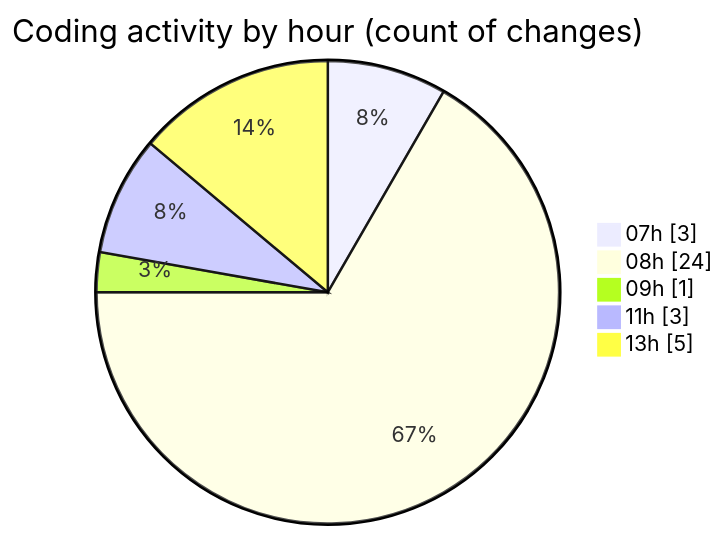
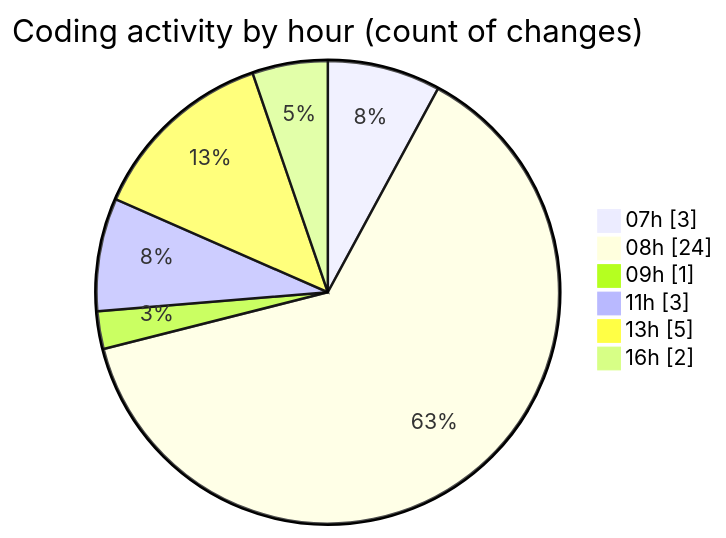
The second of 2 diagrams in 2026-02-20/bot_i_a/README.md (becaeroporto-bot/code-tracking), drawn with Mermaid before and after one commit. The commit also changed other lines of this file and 1 other file, not shown here.

````diff
--- a/2026-02-20/bot_i_a/README.md
+++ b/2026-02-20/bot_i_a/README.md
@@ -47,9 +48,10 @@
 ```mermaid
 pie showData
 title Coding activity by hour (count of changes)
 "07h" : 3
 "08h" : 24
 "09h" : 1
 "11h" : 3
 "13h" : 5
+"16h" : 2
 ```
````
